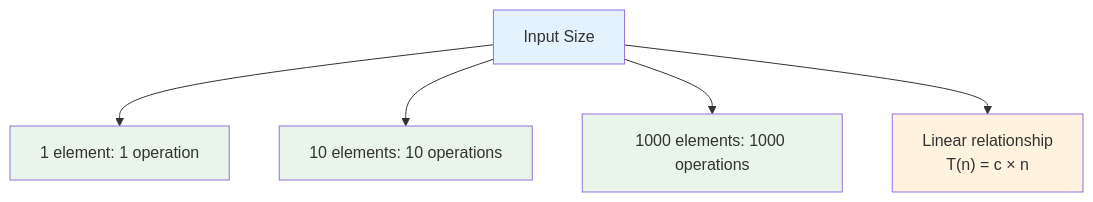
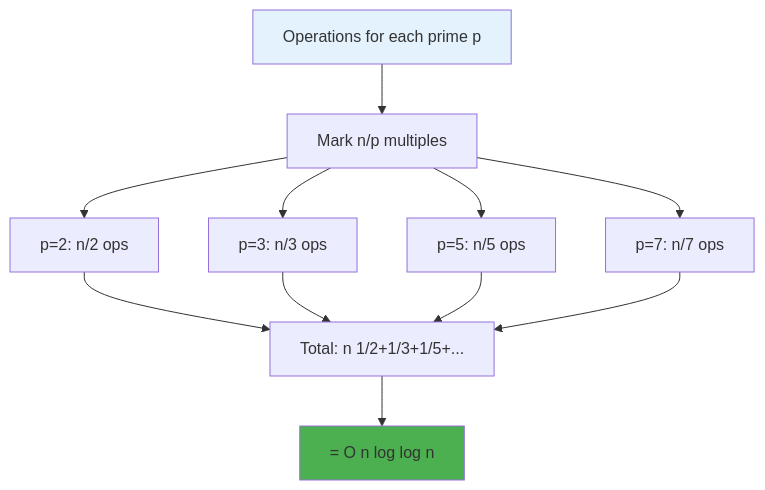
Before and after one commit to LuckyLongre123/README_RUNNER: diagram 12 of 13 in README.md, drawn with Mermaid. The commit also changed other lines of this file, not shown here.

````diff
--- a/README.md
+++ b/README.md
@@ -388,13 +381,18 @@
 ```mermaid
 flowchart TD
-    A["Input Size"] --> B["1 element: 1 operation"]
-    A --> C["10 elements: 10 operations"]
-    A --> D["1000 elements: 1000 operations"]
-    A --> E["Linear relationship<br/>T(n) = c × n"]
+    A[Operations for each prime p] --> B[Mark n/p multiples]
+    B --> C[p=2: n/2 ops]
+    B --> D[p=3: n/3 ops]
+    B --> E[p=5: n/5 ops]
+    B --> F[p=7: n/7 ops]
+    
+    C --> G[Total: n 1/2+1/3+1/5+...]
+    D --> G
+    E --> G
+    F --> G
+    
+    G --> H[= O n log log n]
     
     style A fill:#e3f2fd
-    style B fill:#e8f5e8
-    style C fill:#e8f5e8
-    style D fill:#e8f5e8
-    style E fill:#fff3e0
+    style H fill:#4caf50
 ```
````
